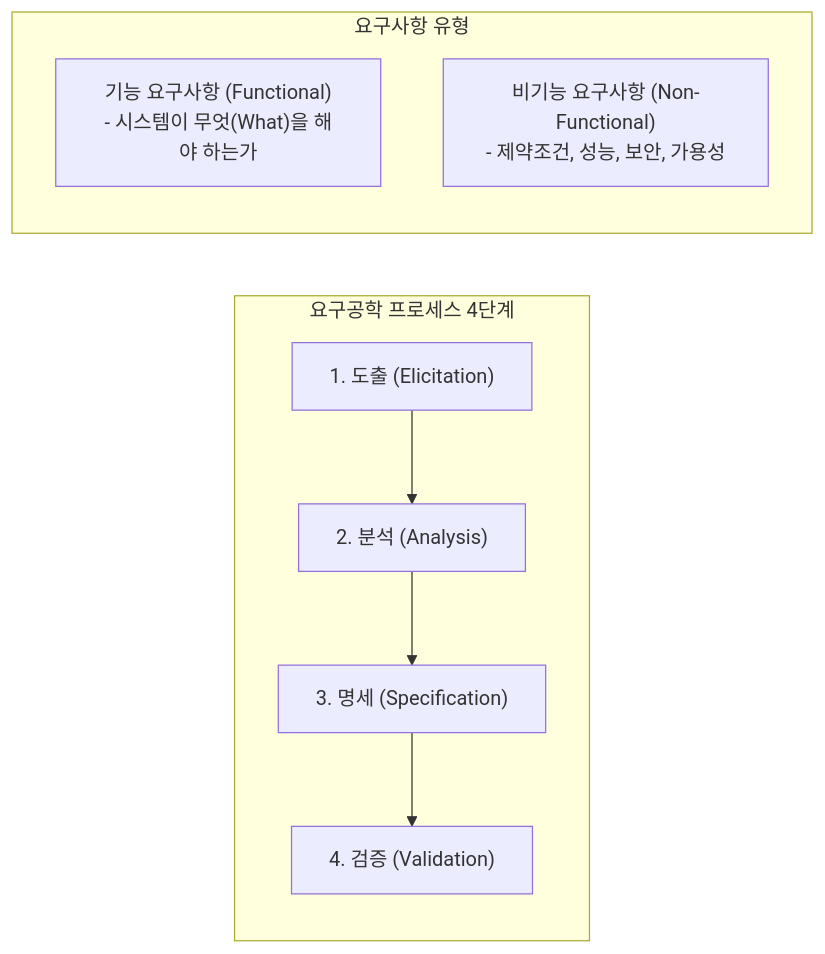
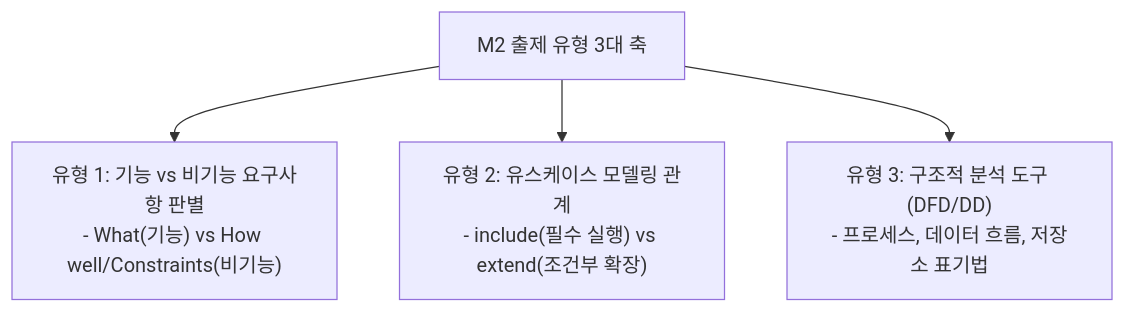
Before and after one commit to initbtn/blog: the diagram in content/posts/ncs-swe-module-2-requirements-engineering-usecase.md, drawn with Mermaid. The commit also changed other lines of this file and 20 other files, not shown here.

````diff
--- a/content/posts/ncs-swe-module-2-requirements-engineering-usecase.md
+++ b/content/posts/ncs-swe-module-2-requirements-engineering-usecase.md
@@ -14,13 +14,12 @@
 ```mermaid
-flowchart LR
-    subgraph Process["요구공학 프로세스 4단계"]
-        E["1. 도출 (Elicitation)"] --> A["2. 분석 (Analysis)"]
-        A --> S["3. 명세 (Specification)"]
-        S --> V["4. 검증 (Validation)"]
-    end
+flowchart TD
+    M2["M2 출제 유형 3대 축"]
+    
+    T1["유형 1: 기능 vs 비기능 요구사항 판별<br>- What(기능) vs How well/Constraints(비기능)"]
+    T2["유형 2: 유스케이스 모델링 관계<br>- include(필수 실행) vs extend(조건부 확장)"]
+    T3["유형 3: 구조적 분석 도구 (DFD/DD)<br>- 프로세스, 데이터 흐름, 저장소 표기법"]
 
-    subgraph Types["요구사항 유형"]
-        FR["기능 요구사항 (Functional)<br>- 시스템이 무엇(What)을 해야 하는가"]
-        NFR["비기능 요구사항 (Non-Functional)<br>- 제약조건, 성능, 보안, 가용성"]
-    end
+    M2 --> T1
+    M2 --> T2
+    M2 --> T3
 ```
````
